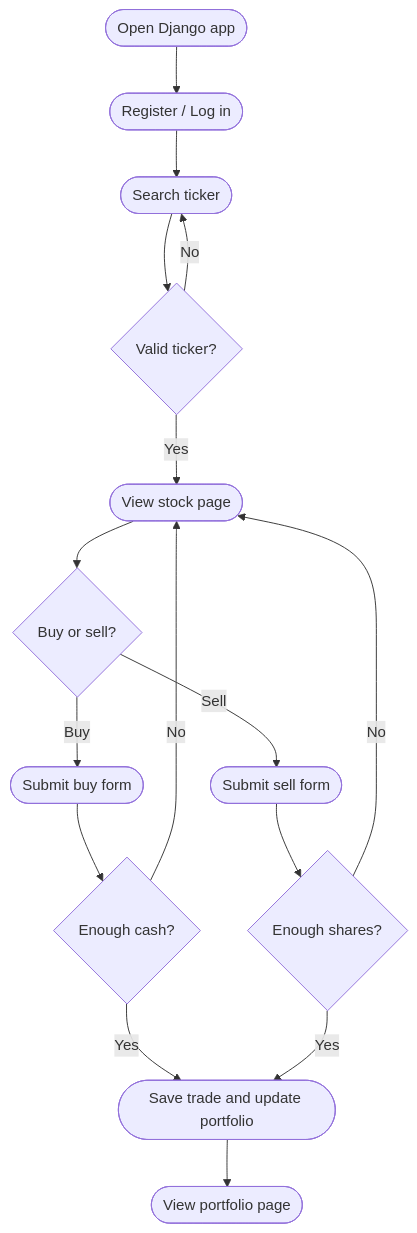
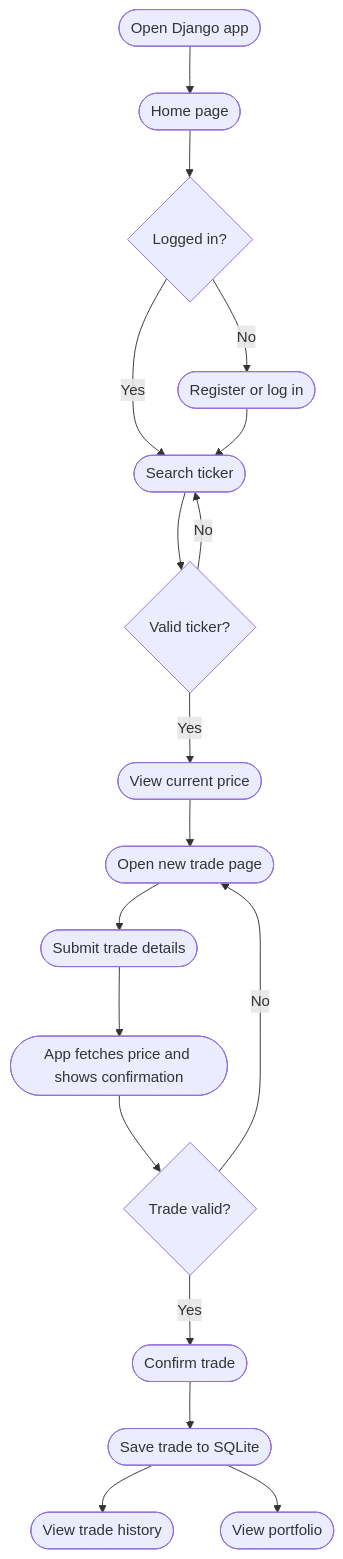
The diagram in Mermaid Diagrams/mvp-user-flow.mmd (noahstephenson/Paper-Trading-App), drawn with Mermaid before and after one commit. The commit also changed 11 other files, not shown here.

Commit message:
Improve trade confirmation flow and project docs

```diff
--- a/Mermaid Diagrams/mvp-user-flow.mmd
+++ b/Mermaid Diagrams/mvp-user-flow.mmd
@@ -1,21 +1,23 @@
 flowchart TD
-    Open([Open Django app]) --> Auth([Register / Log in])
-    Auth --> Search([Search ticker])
+    Open([Open Django app]) --> Home([Home page])
+    Home --> LoggedIn{Logged in?}
+
+    LoggedIn -- No --> Auth([Register or log in])
+    LoggedIn -- Yes --> Search([Search ticker])
+    Auth --> Search
+
     Search --> Ticker{Valid ticker?}
+    Ticker -- No --> Search
+    Ticker -- Yes --> Price([View current price])
 
-    Ticker -- No --> Search
-    Ticker -- Yes --> Stock([View stock page])
+    Price --> TradePage([Open new trade page])
+    TradePage --> Submit([Submit trade details])
+    Submit --> Review([App fetches price and shows confirmation])
 
-    Stock --> Action{Buy or sell?}
+    Review --> Valid{Trade valid?}
+    Valid -- No --> TradePage
+    Valid -- Yes --> Confirm([Confirm trade])
 
-    Action -- Buy --> SubmitBuy([Submit buy form])
-    SubmitBuy --> Cash{Enough cash?}
-    Cash -- No --> Stock
-    Cash -- Yes --> Update([Save trade and update portfolio])
-
-    Action -- Sell --> SubmitSell([Submit sell form])
-    SubmitSell --> Shares{Enough shares?}
-    Shares -- No --> Stock
-    Shares -- Yes --> Update
-
-    Update --> Portfolio([View portfolio page])
+    Confirm --> Save([Save trade to SQLite])
+    Save --> History([View trade history])
+    Save --> Portfolio([View portfolio])
```
